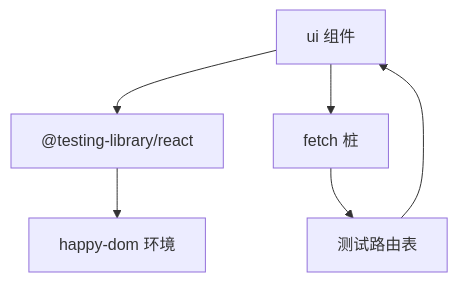
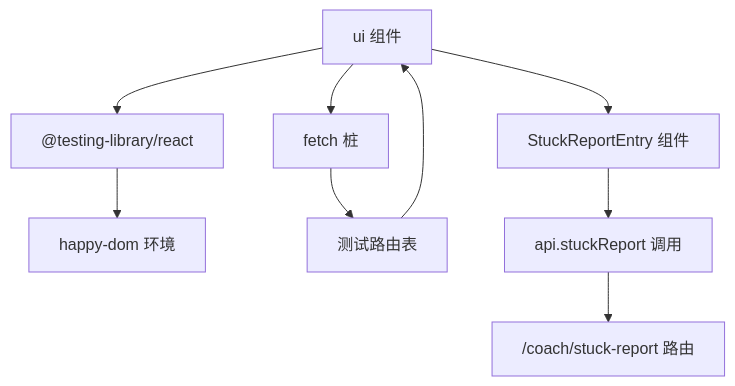
Before and after one commit to maozhijie/learnhub-plugin: the sixth of 8 diagrams in .qoder/repowiki/zh/content/测试策略/测试策略.md, drawn with Mermaid. The commit also changed other lines of this file and 8 other files, not shown here.

````diff
--- a/.qoder/repowiki/zh/content/测试策略/测试策略.md
+++ b/.qoder/repowiki/zh/content/测试策略/测试策略.md
@@ -193,8 +232,11 @@
 ```mermaid
 flowchart TD
 U["ui 组件"] --> L["@testing-library/react"]
 L --> H["happy-dom 环境"]
 U --> F["fetch 桩"]
 F --> R["测试路由表"]
 R --> U
+U --> SR["StuckReportEntry 组件"]
+SR --> API["api.stuckReport 调用"]
+API --> ROUTE["/coach/stuck-report 路由"]
 ```
````
